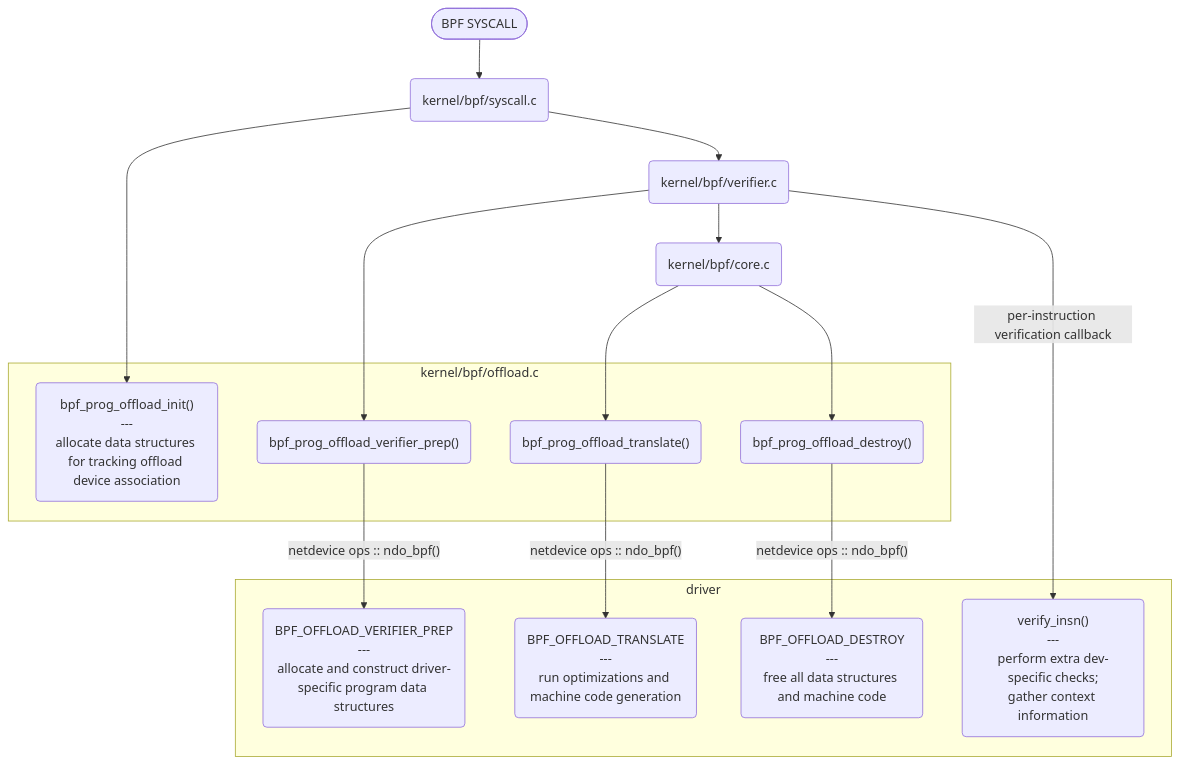
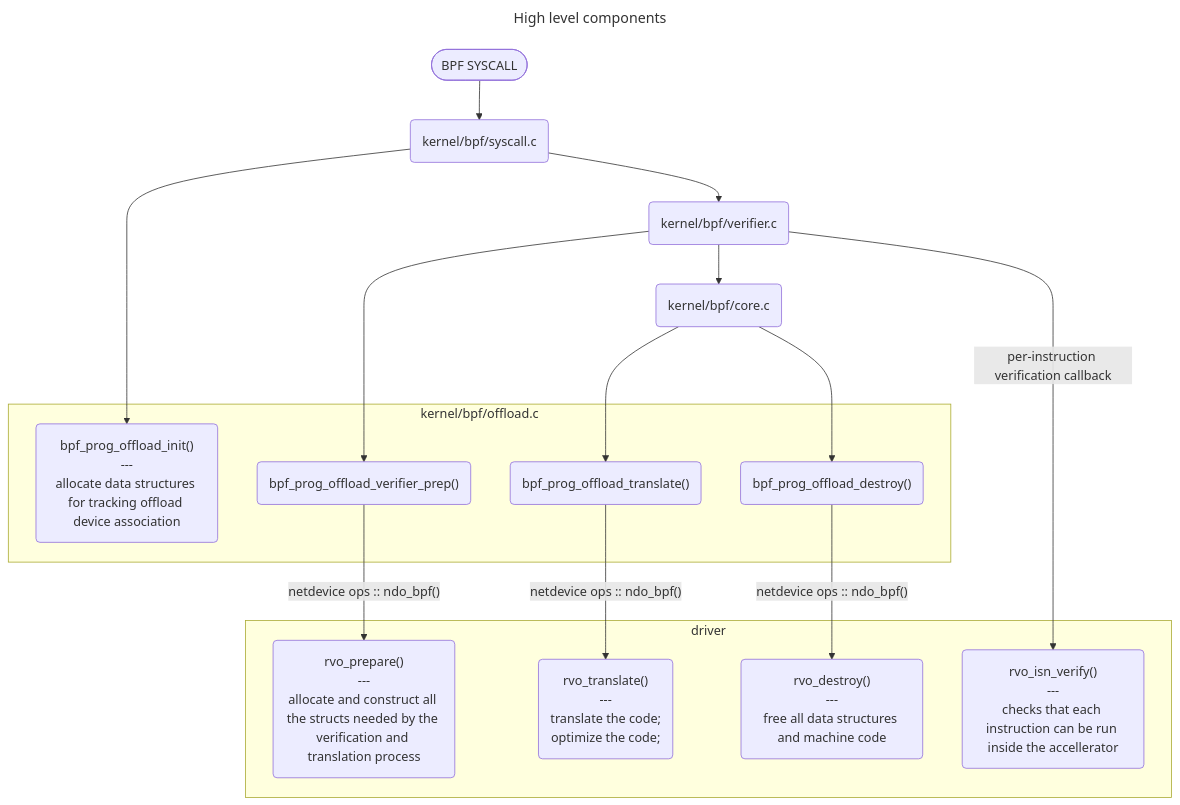
The first of 3 diagrams in docs/general/02_program_offload.md (Dav-11/ebpf-offload-riscv), drawn with Mermaid before and after one commit. The commit also changed other lines of this file and 21 other files, not shown here.

````diff
--- a/docs/general/02_program_offload.md
+++ b/docs/general/02_program_offload.md
@@ -4,52 +4,55 @@
 ```mermaid
+---
+title: High level components
+---
 flowchart
     sys([BPF SYSCALL])
     sys_c(kernel/bpf/syscall.c)
     verifier_c(kernel/bpf/verifier.c)
     core_c(kernel/bpf/core.c)
     
     
     subgraph kernel/bpf/offload.c
         bpf_prog_offload_init("`bpf_prog_offload_init()
         ---
         allocate data structures for tracking offload device association`")
 
         bpf_prog_offload_verifier_prep("bpf_prog_offload_verifier_prep()")
 
         bpf_prog_offload_translate("bpf_prog_offload_translate()")
         bpf_prog_offload_destroy("bpf_prog_offload_destroy()")
     end
     
     subgraph driver
 
-        BPF_OFFLOAD_VERIFIER_PREP("`BPF_OFFLOAD_VERIFIER_PREP
+        BPF_OFFLOAD_VERIFIER_PREP("`rvo_prepare()
         ---
-        allocate and construct driver-specific program data structures`")
+        allocate and construct all the structs needed by the verification and translation process`")
 
-        BPF_OFFLOAD_TRANSLATE("`BPF_OFFLOAD_TRANSLATE
+        BPF_OFFLOAD_TRANSLATE("`rvo_translate()
         ---
-        run optimizations and machine code generation`")
+        translate the code;
+        optimize the code;`")
 
-        BPF_OFFLOAD_DESTROY("`BPF_OFFLOAD_DESTROY
+        BPF_OFFLOAD_DESTROY("`rvo_destroy()
         ---
         free all data structures and machine code`")
 
-        verify_insn("`verify_insn()
+        verify_insn("`rvo_isn_verify()
         ---
-        perform extra dev-specific checks;
-        gather context information`")
+        checks that each instruction can be run inside the accellerator`")
     end
     
     sys --> sys_c
     sys_c --> verifier_c
     sys_c --> bpf_prog_offload_init
     verifier_c --> bpf_prog_offload_verifier_prep
     bpf_prog_offload_verifier_prep -- "netdevice ops :: ndo_bpf()" --> BPF_OFFLOAD_VERIFIER_PREP
     verifier_c --> core_c
     verifier_c -- per-instruction verification callback --> verify_insn
     core_c --> bpf_prog_offload_translate
     bpf_prog_offload_translate -- "netdevice ops :: ndo_bpf()" --> BPF_OFFLOAD_TRANSLATE
     core_c --> bpf_prog_offload_destroy
     bpf_prog_offload_destroy -- "netdevice ops :: ndo_bpf()" --> BPF_OFFLOAD_DESTROY
     
 ```
````
